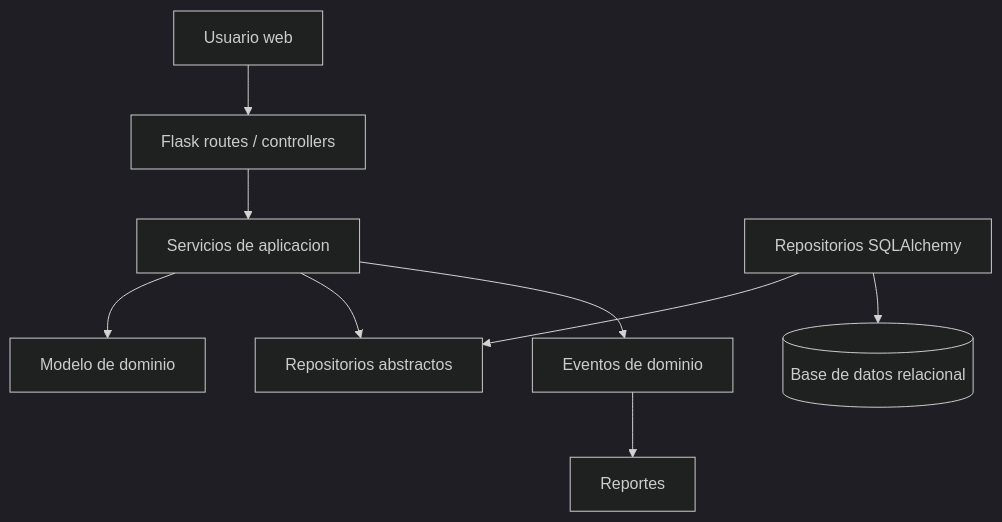
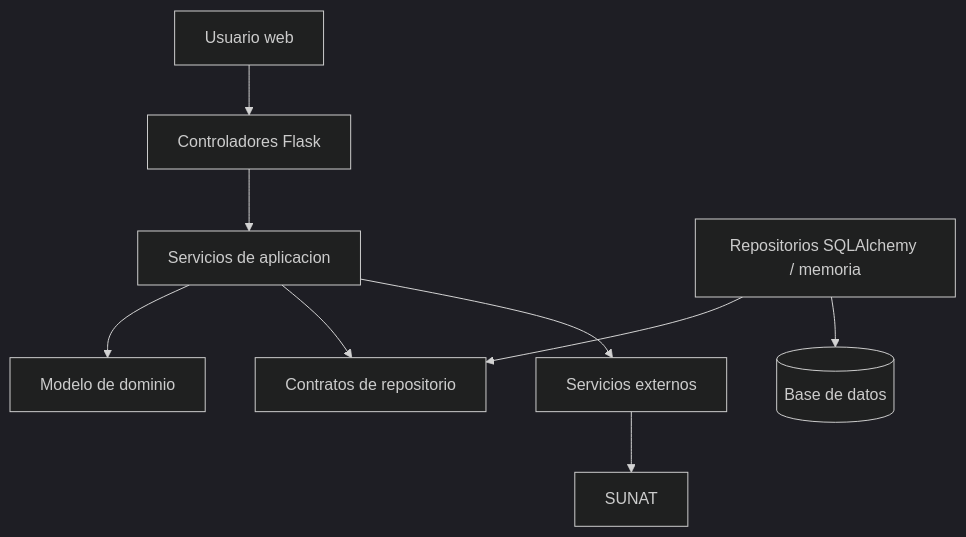
Before and after one commit to javierRock/SoftwareTextil: the first of 3 diagrams in docs/arquitectura.md, drawn with Mermaid (dark theme). The commit also changed other lines of this file and 149 other files, not shown here.

````diff
--- a/docs/arquitectura.md
+++ b/docs/arquitectura.md
@@ -27,11 +31,11 @@
 ```mermaid
 flowchart TD
-    UsuarioWeb["Usuario web"] --> Flask["Flask routes / controllers"]
-    Flask --> AppServices["Servicios de aplicacion"]
-    AppServices --> DomainModel["Modelo de dominio"]
-    AppServices --> Ports["Repositorios abstractos"]
-    SQLA["Repositorios SQLAlchemy"] --> Ports
-    SQLA --> DB[("Base de datos relacional")]
-    AppServices --> Events["Eventos de dominio"]
-    Events --> Reports["Reportes"]
+    Usuario["Usuario web"] --> Controllers["Controladores Flask"]
+    Controllers --> Services["Servicios de aplicacion"]
+    Services --> Domain["Modelo de dominio"]
+    Services --> Ports["Contratos de repositorio"]
+    Repositories["Repositorios SQLAlchemy / memoria"] --> Ports
+    Repositories --> DB[("Base de datos")]
+    Services --> External["Servicios externos"]
+    External --> Sunat["SUNAT"]
 ```
````
